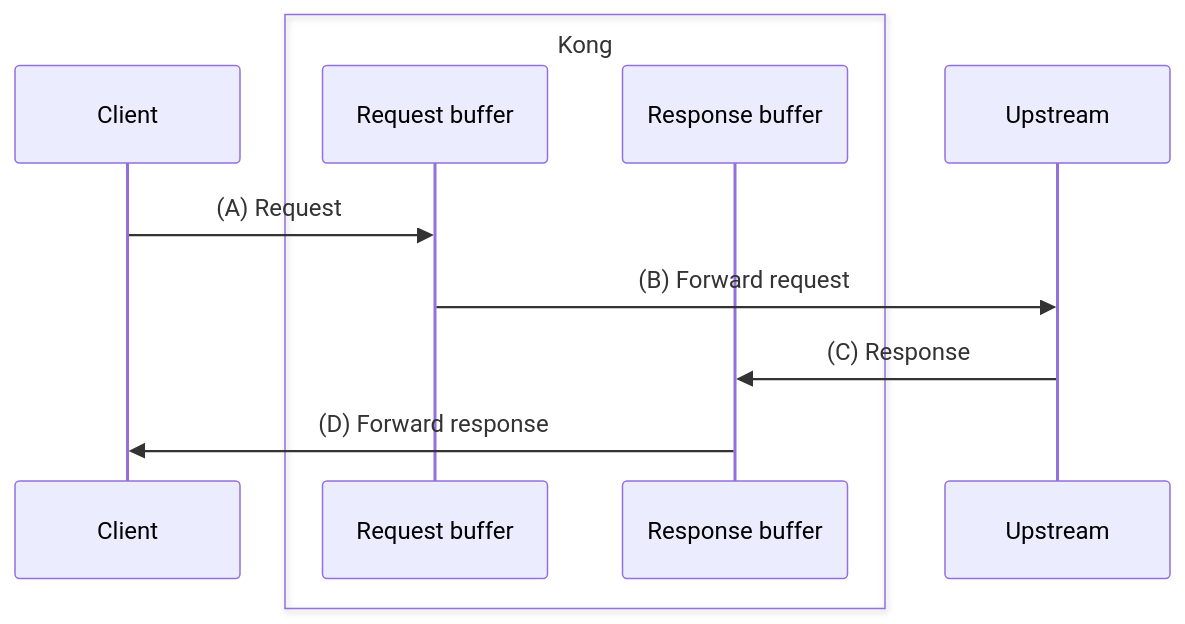
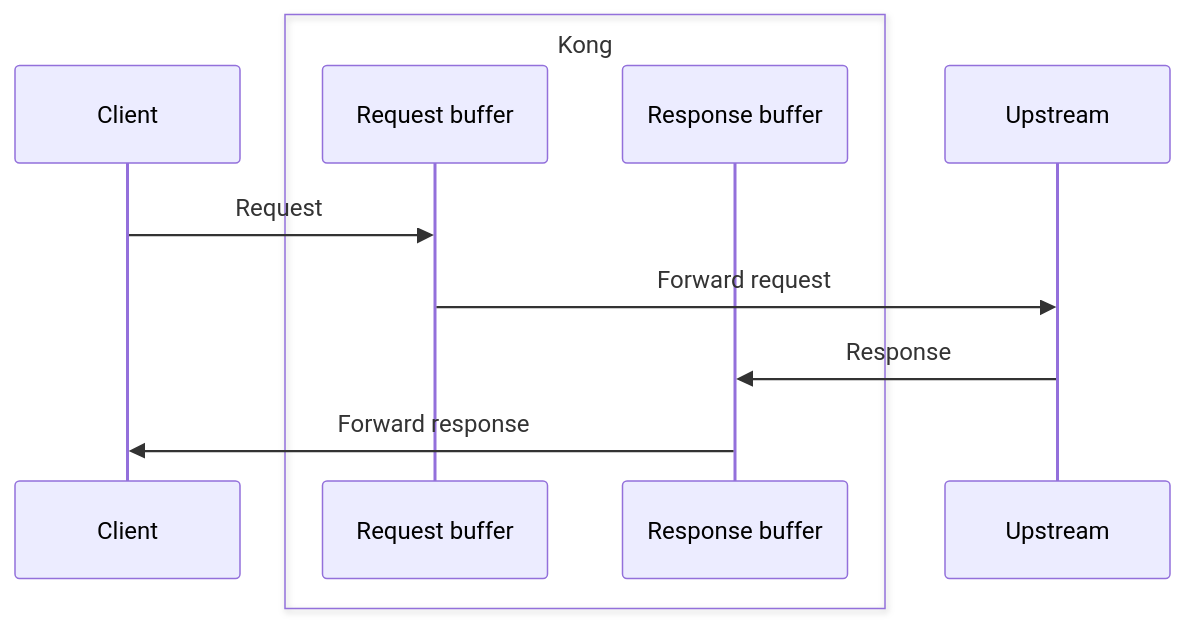
Before and after one commit to Kong/developer.konghq.com: the diagram in app/gateway/performance/large-payloads.md, drawn with Mermaid. The commit also changed other lines of this file, not shown here.

```diff
--- a/app/gateway/performance/large-payloads.md
+++ b/app/gateway/performance/large-payloads.md
@@ -42,14 +42,14 @@
 {% mermaid %}
 sequenceDiagram
     participant Client
     box Kong
         participant RB as Request buffer
         participant RSB as Response buffer
     end
     participant Upstream
 
-    Client->>RB: (A) Request
-    RB->>Upstream: (B) Forward request
-    Upstream->>RSB: (C) Response
-    RSB->>Client: (D) Forward response
+    Client->>RB: Request
+    RB->>Upstream: Forward request
+    Upstream->>RSB: Response
+    RSB->>Client: Forward response
 {% endmermaid %}
```
